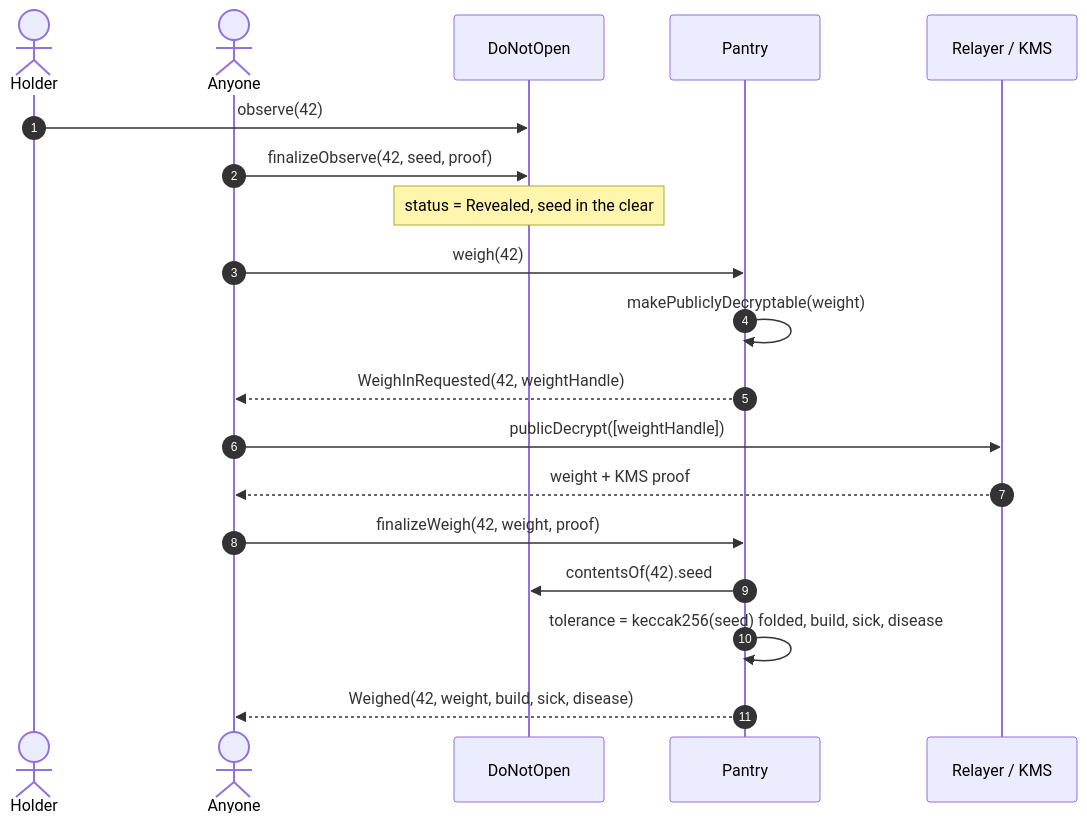
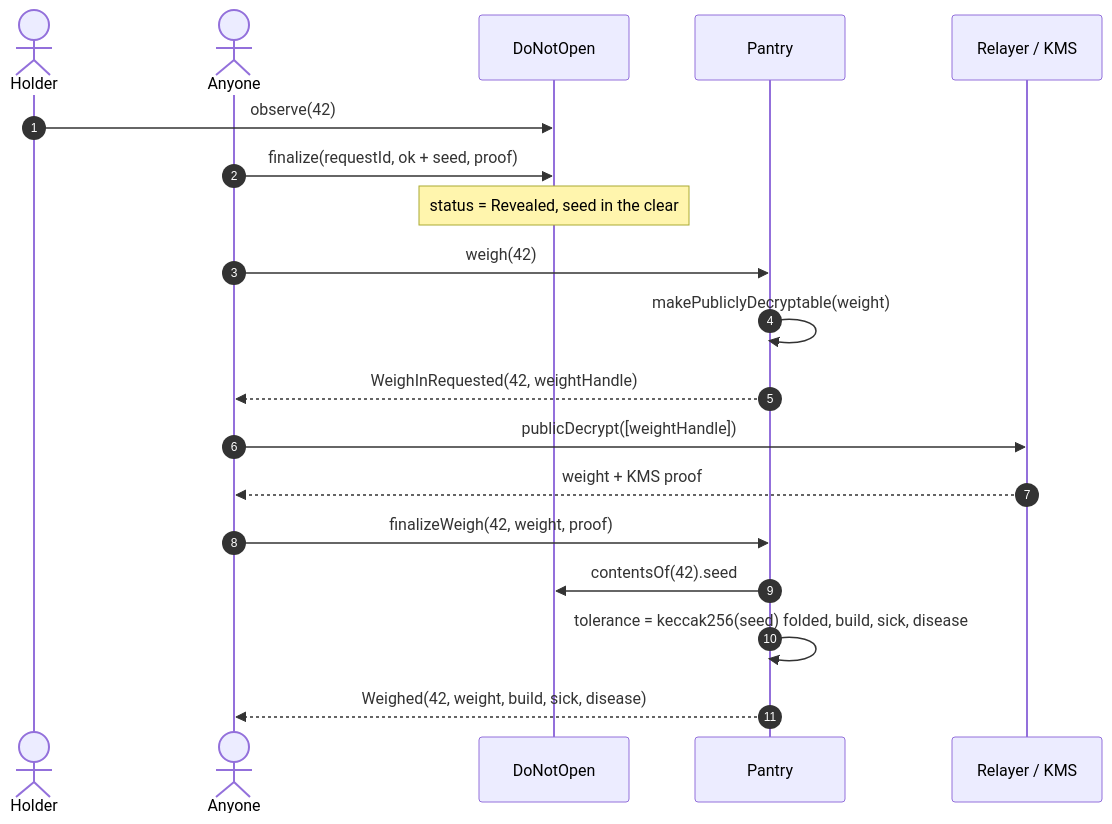
One commit to jecombe/do_not_open changed the fifth of 6 diagrams in docs/CROQ.md. Above: the diagram before and after it, drawn with Mermaid. The commit also changed other lines of this file and 25 other files, not shown here.

````diff
--- a/docs/CROQ.md
+++ b/docs/CROQ.md
@@ -384,21 +409,21 @@
 ```mermaid
 sequenceDiagram
   autonumber
   actor H as Holder
   actor A as Anyone
   participant B as DoNotOpen
   participant Pa as Pantry
   participant K as Relayer / KMS
   H->>B: observe(42)
-  A->>B: finalizeObserve(42, seed, proof)
+  A->>B: finalize(requestId, ok + seed, proof)
   Note over B: status = Revealed, seed in the clear
   A->>Pa: weigh(42)
   Pa->>Pa: makePubliclyDecryptable(weight)
   Pa-->>A: WeighInRequested(42, weightHandle)
   A->>K: publicDecrypt([weightHandle])
   K-->>A: weight + KMS proof
   A->>Pa: finalizeWeigh(42, weight, proof)
   Pa->>B: contentsOf(42).seed
   Pa->>Pa: tolerance = keccak256(seed) folded, build, sick, disease
   Pa-->>A: Weighed(42, weight, build, sick, disease)
 ```
````
